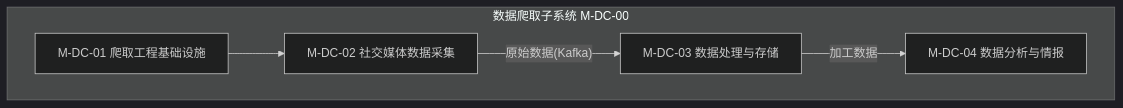
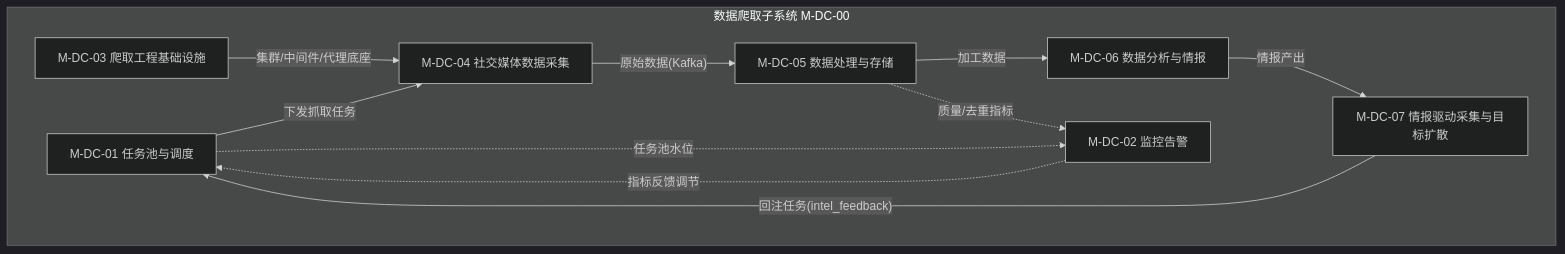
One commit to Sj-g/obsidian changed the ninth of 14 diagrams in 公司项目/认知作战/文档/软件概要设计说明.md. Above: the diagram before and after it, drawn with Mermaid (dark theme). The commit also changed other lines of this file and 1 other file, not shown here.

````diff
--- a/公司项目/认知作战/文档/软件概要设计说明.md
+++ b/公司项目/认知作战/文档/软件概要设计说明.md
@@ -281,12 +297,21 @@
 ```mermaid
 flowchart TB
     subgraph DC["数据爬取子系统 M-DC-00"]
-        DC1["M-DC-01 爬取工程基础设施"]
-        DC2["M-DC-02 社交媒体数据采集"]
-        DC3["M-DC-03 数据处理与存储"]
-        DC4["M-DC-04 数据分析与情报"]
-        DC1 --> DC2
-        DC2 -->|"原始数据(Kafka)"| DC3
-        DC3 -->|"加工数据"| DC4
+        DC1["M-DC-01 任务池与调度"]
+        DC2["M-DC-02 监控告警"]
+        DC3["M-DC-03 爬取工程基础设施"]
+        DC4["M-DC-04 社交媒体数据采集"]
+        DC5["M-DC-05 数据处理与存储"]
+        DC6["M-DC-06 数据分析与情报"]
+        DC7["M-DC-07 情报驱动采集与目标扩散"]
+        DC3 -->|"集群/中间件/代理底座"| DC4
+        DC1 -->|"下发抓取任务"| DC4
+        DC4 -->|"原始数据(Kafka)"| DC5
+        DC5 -->|"加工数据"| DC6
+        DC6 -->|"情报产出"| DC7
+        DC7 -->|"回注任务(intel_feedback)"| DC1
+        DC2 -.->|"指标反馈调节"| DC1
+        DC5 -.->|"质量/去重指标"| DC2
+        DC1 -.->|"任务池水位"| DC2
     end
 ```
````
